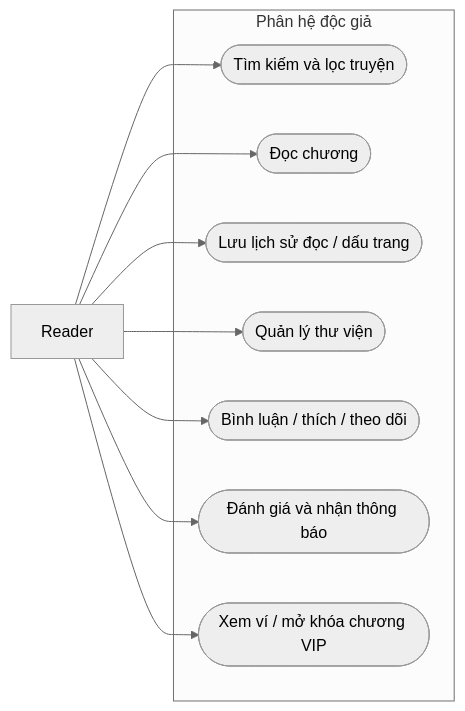
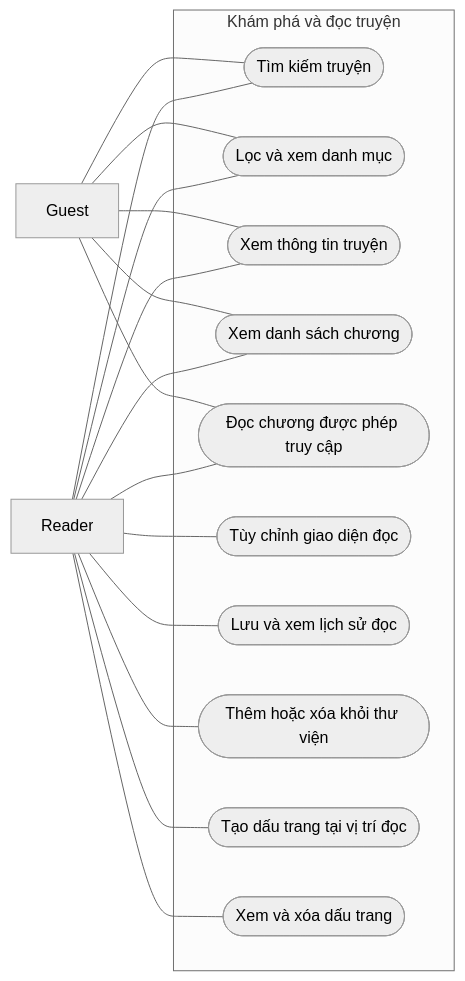
The third of 25 diagrams in docs/BAO_CAO_CHUONG_3.md (Ephurin/Novel_sharing_platform), drawn with Mermaid (neutral theme) before and after one commit. The commit also changed other lines of this file, not shown here.

Commit message:
docs: expand Chapter 3 use cases to detailed domain diagrams based on main

````diff
--- a/docs/BAO_CAO_CHUONG_3.md
+++ b/docs/BAO_CAO_CHUONG_3.md
@@ -142,20 +147,32 @@
 ```mermaid
 flowchart LR
+    G["Guest"]
     R["Reader"]
-    subgraph SYS["Phân hệ độc giả"]
-      A(["Tìm kiếm và lọc truyện"])
-      B(["Đọc chương"])
-      C(["Lưu lịch sử đọc / dấu trang"])
-      D(["Quản lý thư viện"])
-      E(["Bình luận / thích / theo dõi"])
-      F(["Đánh giá và nhận thông báo"])
-      G(["Xem ví / mở khóa chương VIP"])
+    subgraph SYS["Khám phá và đọc truyện"]
+        U1(["Tìm kiếm truyện"])
+        U2(["Lọc và xem danh mục"])
+        U3(["Xem thông tin truyện"])
+        U4(["Xem danh sách chương"])
+        U5(["Đọc chương được phép truy cập"])
+        U6(["Tùy chỉnh giao diện đọc"])
+        U7(["Lưu và xem lịch sử đọc"])
+        U8(["Thêm hoặc xóa khỏi thư viện"])
+        U9(["Tạo dấu trang tại vị trí đọc"])
+        U10(["Xem và xóa dấu trang"])
     end
-    R --> A
-    R --> B
-    R --> C
-    R --> D
-    R --> E
-    R --> F
-    R --> G
+    G --- U1
+    R --- U1
+    G --- U2
+    R --- U2
+    G --- U3
+    R --- U3
+    G --- U4
+    R --- U4
+    G --- U5
+    R --- U5
+    R --- U6
+    R --- U7
+    R --- U8
+    R --- U9
+    R --- U10
 ```
````
